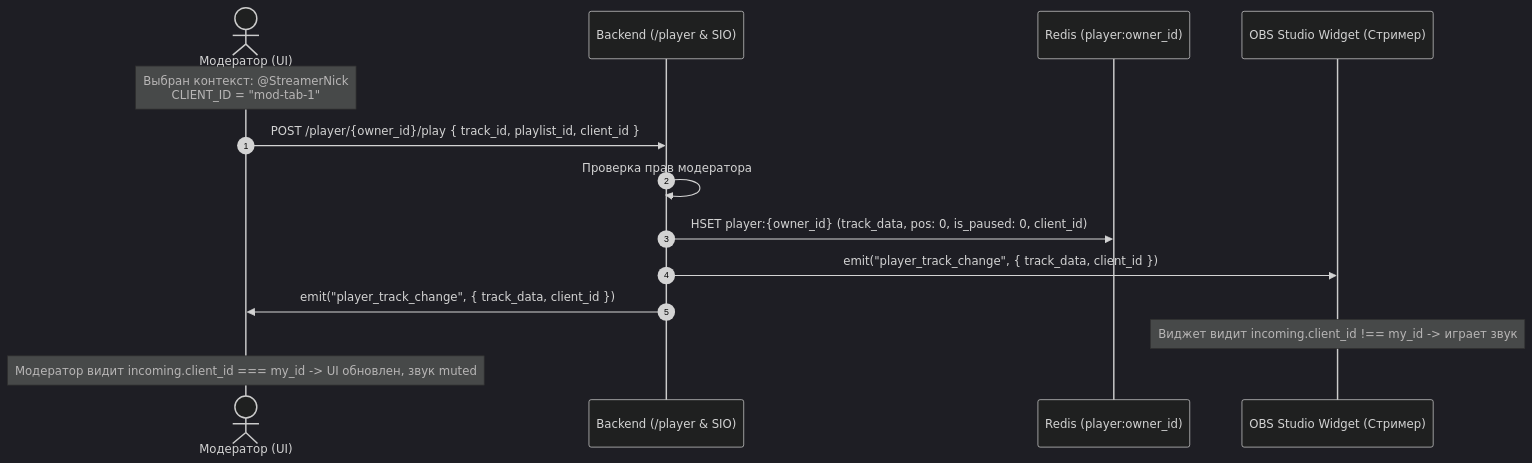
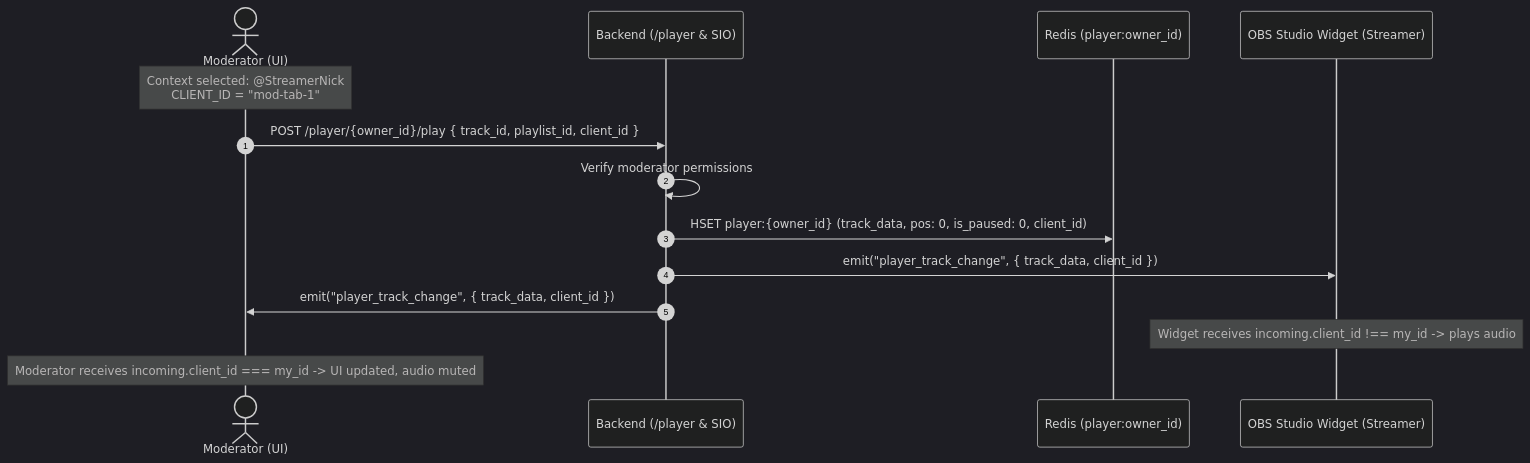
The first of 2 diagrams in docs/player/player_and_moderation_v2_concept.md (DustGalaxy/openplaylist-mono), drawn with Mermaid (dark theme) before and after one commit. The commit also changed other lines of this file and 21 other files, not shown here.

Commit message:
docs: translate technical architecture and component guides to English

````diff
--- a/docs/player/player_and_moderation_v2_concept.md
+++ b/docs/player/player_and_moderation_v2_concept.md
@@ -75,18 +72,18 @@
 ```mermaid
 sequenceDiagram
     autonumber
-    actor Mod as Модератор (UI)
+    actor Mod as Moderator (UI)
     participant API as Backend (/player & SIO)
     participant Redis as Redis (player:owner_id)
-    participant OBS as OBS Studio Widget (Стример)
+    participant OBS as OBS Studio Widget (Streamer)
 
-    Note over Mod: Выбран контекст: @StreamerNick<br/>CLIENT_ID = "mod-tab-1"
+    Note over Mod: Context selected: @StreamerNick<br/>CLIENT_ID = "mod-tab-1"
     Mod->>API: POST /player/{owner_id}/play { track_id, playlist_id, client_id }
-    API->>API: Проверка прав модератора
+    API->>API: Verify moderator permissions
     API->>Redis: HSET player:{owner_id} (track_data, pos: 0, is_paused: 0, client_id)
     API->>OBS: emit("player_track_change", { track_data, client_id })
     API->>Mod: emit("player_track_change", { track_data, client_id })
     
-    Note over OBS: Виджет видит incoming.client_id !== my_id -> играет звук
-    Note over Mod: Модератор видит incoming.client_id === my_id -> UI обновлен, звук muted
+    Note over OBS: Widget receives incoming.client_id !== my_id -> plays audio
+    Note over Mod: Moderator receives incoming.client_id === my_id -> UI updated, audio muted
 ```
````
